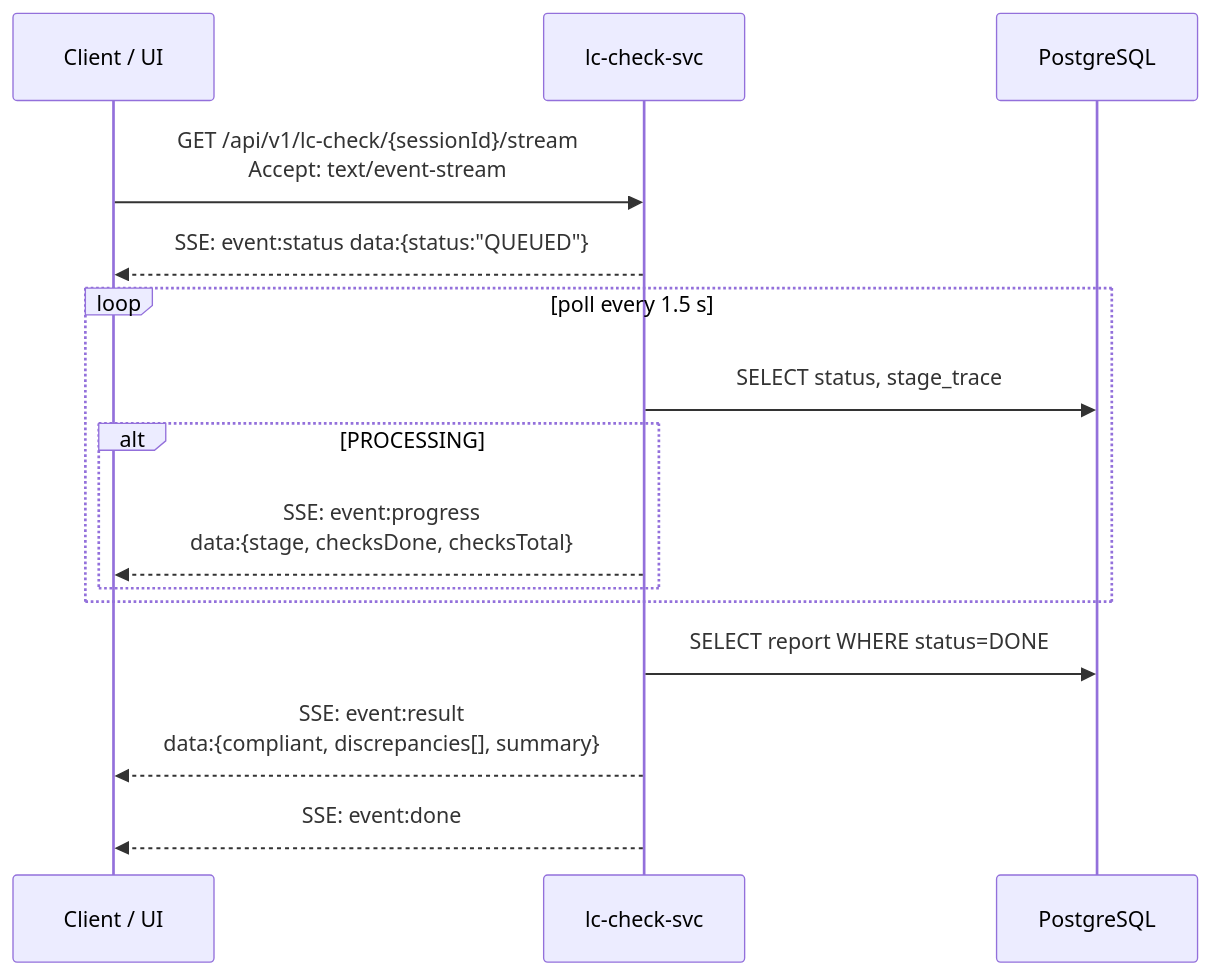
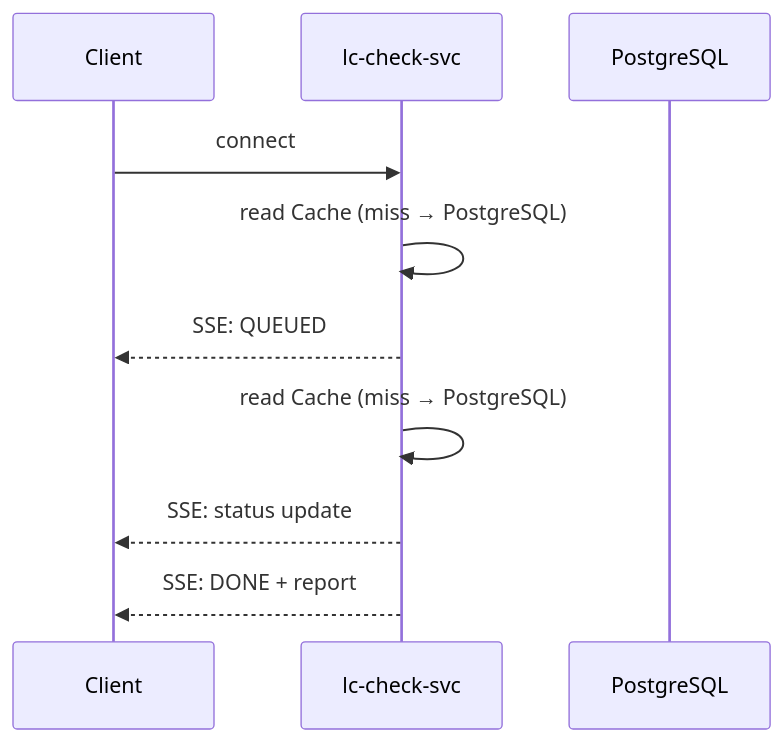
The third of 3 diagrams in README.md (smile-rr/lc-invoice-checker), drawn with Mermaid before and after one commit. The commit also changed other lines of this file and 1 other file, not shown here.

````diff
--- a/README.md
+++ b/README.md
@@ -230,20 +89,13 @@
 ```mermaid
 sequenceDiagram
-    participant C as Client / UI
+    participant C as Client
     participant API as lc-check-svc
     participant DB as PostgreSQL
 
-    C->>API: GET /api/v1/lc-check/{sessionId}/stream<br/>Accept: text/event-stream
-    API-->>C: SSE: event:status data:{status:"QUEUED"}
-
-    loop poll every 1.5 s
-        API->>DB: SELECT status, stage_trace
-        alt PROCESSING
-            API-->>C: SSE: event:progress<br/>data:{stage, checksDone, checksTotal}
-        end
-    end
-
-    API->>DB: SELECT report WHERE status=DONE
-    API-->>C: SSE: event:result<br/>data:{compliant, discrepancies[], summary}
-    API-->>C: SSE: event:done
+    C->>API: connect
+    API->>API: read Cache (miss → PostgreSQL)
+    API-->>C: SSE: QUEUED
+    API->>API: read Cache (miss → PostgreSQL)
+    API-->>C: SSE: status update
+    API-->>C: SSE: DONE + report
 ```
````
